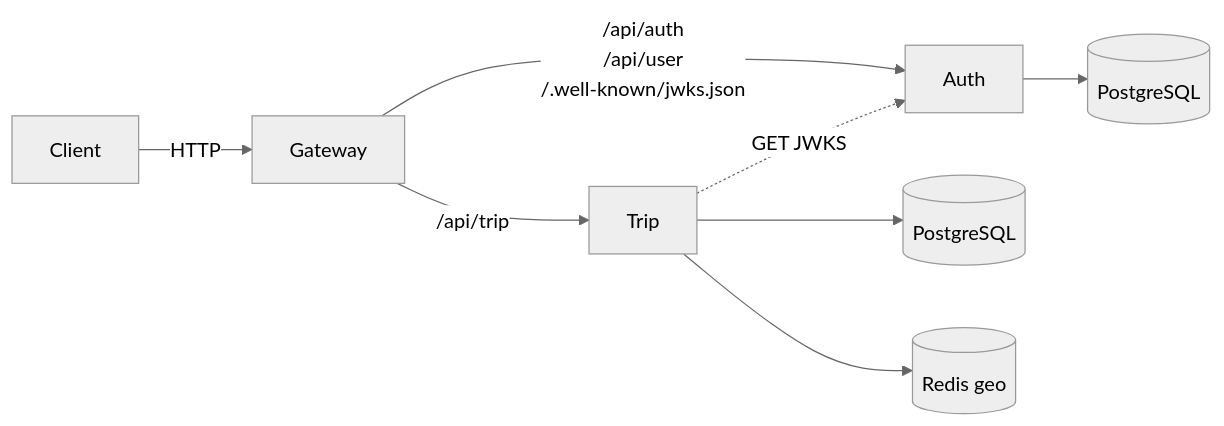
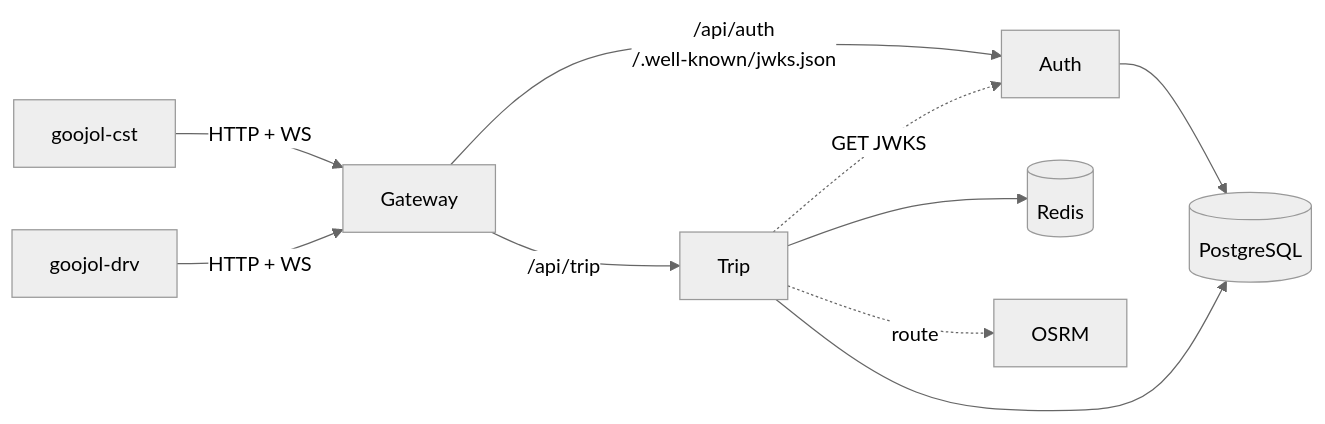
Before and after one commit to AdiCahyaSaputra/go-ojol: the first of 6 diagrams in ARCHITECTURE.md, drawn with Mermaid (neutral theme). The commit also changed other lines of this file and 1 other file, not shown here.

````diff
--- a/ARCHITECTURE.md
+++ b/ARCHITECTURE.md
@@ -39,12 +34,14 @@
 ```mermaid
 flowchart LR
-  Client["Client"] -->|"HTTP"| GW["Gateway"]
+  Cst["goojol-cst"] -->|"HTTP + WS"| GW["Gateway"]
+  Drv["goojol-drv"] -->|"HTTP + WS"| GW
 
-  GW -->|"/api/auth<br/>/api/user<br/>/.well-known/jwks.json"| Auth["Auth"]
+  GW -->|"/api/auth<br/>/.well-known/jwks.json"| Auth["Auth"]
   GW -->|"/api/trip"| Trip["Trip"]
 
-  Auth --> AuthDB[("PostgreSQL")]
-  Trip --> TripDB[("PostgreSQL")]
-  Trip --> Redis[("Redis geo")]
+  Auth --> PG[("PostgreSQL")]
+  Trip --> PG
+  Trip --> Redis[("Redis")]
   Trip -.->|"GET JWKS"| Auth
+  Trip -.->|"route"| OSRM["OSRM"]
 ```
````
